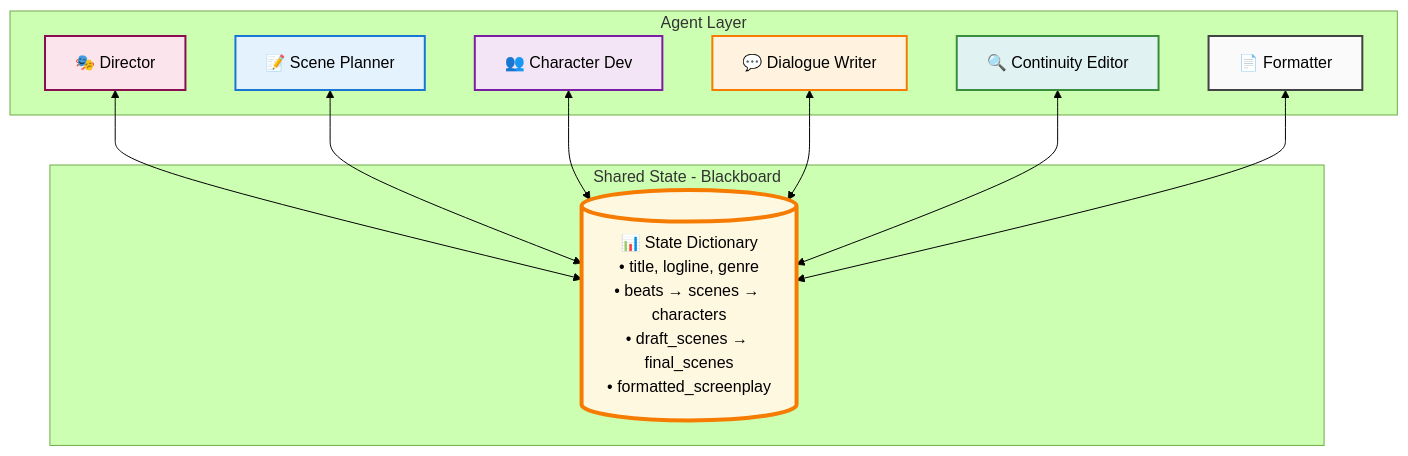
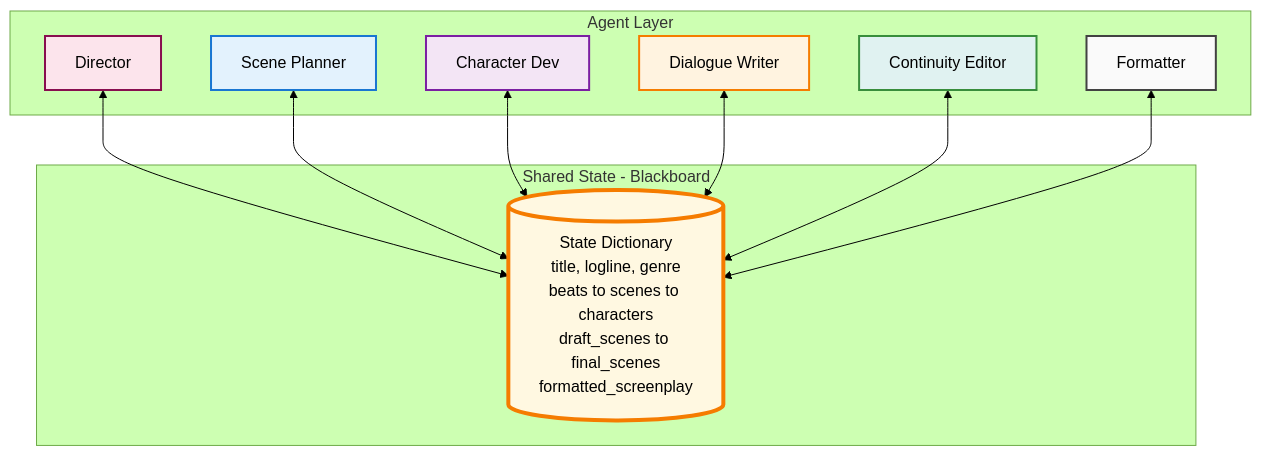
One commit to drMy5tery/Movie-Scene-Creator changed the first of 13 diagrams in movie-mas/Presentation/Movie-Scene-Creator-Presentation.md. Above: the diagram before and after it, drawn with Mermaid (forest theme). The commit also changed other lines of this file, not shown here.

````diff
--- a/movie-mas/Presentation/Movie-Scene-Creator-Presentation.md
+++ b/movie-mas/Presentation/Movie-Scene-Creator-Presentation.md
@@ -82,30 +82,30 @@
 ```mermaid
 graph TB
-    subgraph "Shared State - Blackboard"
-        STATE[("📊 State Dictionary<br/>• title, logline, genre<br/>• beats → scenes → characters<br/>• draft_scenes → final_scenes<br/>• formatted_screenplay")]
+    subgraph SharedState ["Shared State - Blackboard"]
+        STATE[("State Dictionary<br/>title, logline, genre<br/>beats to scenes to characters<br/>draft_scenes to final_scenes<br/>formatted_screenplay")]
     end
     
-    subgraph "Agent Layer"
-        A1["🎭 Director"]
-        A2["📝 Scene Planner"]  
-        A3["👥 Character Dev"]
-        A4["💬 Dialogue Writer"]
-        A5["🔍 Continuity Editor"]
-        A6["📄 Formatter"]
+    subgraph AgentLayer ["Agent Layer"]
+        A1["Director"]
+        A2["Scene Planner"]  
+        A3["Character Dev"]
+        A4["Dialogue Writer"]
+        A5["Continuity Editor"]
+        A6["Formatter"]
     end
     
     A1 <--> STATE
     A2 <--> STATE  
     A3 <--> STATE
     A4 <--> STATE
     A5 <--> STATE
     A6 <--> STATE
     
     style STATE fill:#fff8e1,stroke:#f57c00,stroke-width:4px
     style A1 fill:#fce4ec,stroke:#880e4f,stroke-width:2px
     style A2 fill:#e3f2fd,stroke:#1976d2,stroke-width:2px
     style A3 fill:#f3e5f5,stroke:#7b1fa2,stroke-width:2px
     style A4 fill:#fff3e0,stroke:#f57c00,stroke-width:2px
     style A5 fill:#e0f2f1,stroke:#388e3c,stroke-width:2px
     style A6 fill:#fafafa,stroke:#424242,stroke-width:2px
 ```
````
